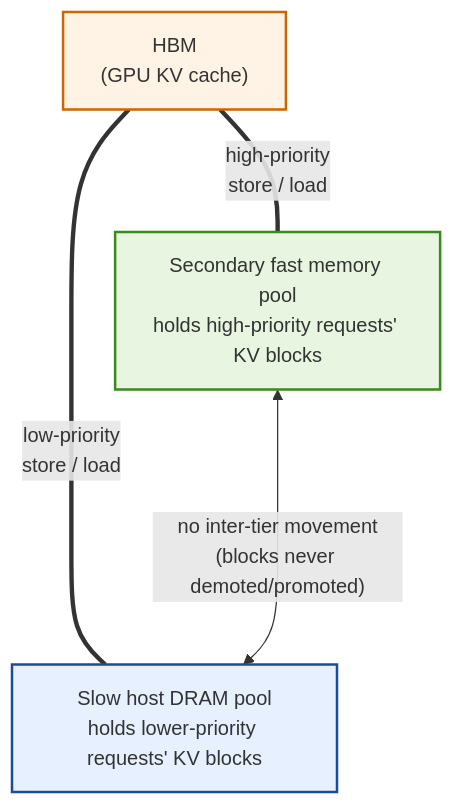
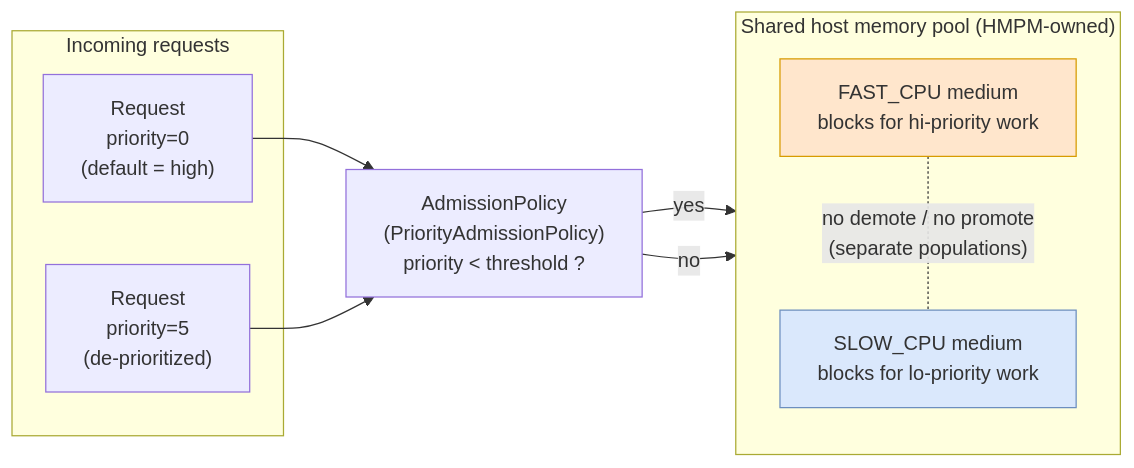
Before and after one commit to wangchen615/vllm: the diagram in docs/design/rfcs/imgs/mmd/exclusive-tiered-placement.mmd, drawn with Mermaid. The commit also changed 9 other files, not shown here.

First line of the commit message:
docs(rfc): update Mermaid diagrams for OffloadingConnector architecture

```diff
--- a/docs/design/rfcs/imgs/mmd/exclusive-tiered-placement.mmd
+++ b/docs/design/rfcs/imgs/mmd/exclusive-tiered-placement.mmd
@@ -1,18 +1,27 @@
-%% Exclusive tiered caching: high-priority requests' KV blocks live in the
-%% emulated secondary fast memory; lower-priority blocks live in CPU DRAM.
-%% Heat indicates reuse rate (not used as a placement signal in M1 — only
-%% priority is). See docs/design/rfcs/exclusive-tiered-caching.md
-flowchart TB
-    HBM["HBM<br/>(GPU KV cache)"]:::hbm
+%% Exclusive tiered placement (partitioned mode):
+%% high-priority requests' blocks land in FAST_CPU, lower-priority in SLOW_CPU,
+%% no inter-medium movement. Both media are views of one shared host pool.
+%% See docs/design/rfcs/exclusive-tiered-caching.md
+flowchart LR
+    subgraph Requests["Incoming requests"]
+        ReqHi["Request<br/>priority=0<br/>(default = high)"]
+        ReqLo["Request<br/>priority=5<br/>(de-prioritized)"]
+    end
 
-    Fast["Secondary fast memory pool<br/>holds high-priority requests' KV blocks"]:::fast
-    Slow["Slow host DRAM pool<br/>holds lower-priority requests' KV blocks"]:::slow
+    Admission["AdmissionPolicy<br/>(PriorityAdmissionPolicy)<br/>priority < threshold ?"]
 
-    HBM ===|"high-priority<br/>store / load"| Fast
-    HBM ===|"low-priority<br/>store / load"| Slow
+    subgraph Pool["Shared host memory pool (HMPM-owned)"]
+        direction TB
+        FastMed["FAST_CPU medium<br/>blocks for hi-priority work"]:::fast
+        SlowMed["SLOW_CPU medium<br/>blocks for lo-priority work"]:::slow
+    end
 
-    Fast <--->|"no inter-tier movement<br/>(blocks never demoted/promoted)"| Slow
+    ReqHi --> Admission
+    ReqLo --> Admission
+    Admission -- "yes" --> FastMed
+    Admission -- "no" --> SlowMed
 
-    classDef hbm fill:#fff3e6,stroke:#cc6600,stroke-width:2px
-    classDef fast fill:#e8f5e0,stroke:#3a8a1a,stroke-width:2px
-    classDef slow fill:#e6f0ff,stroke:#1a4d99,stroke-width:2px
+    FastMed -. "no demote / no promote<br/>(separate populations)" .- SlowMed
+
+    classDef fast fill:#ffe6cc,stroke:#d79b00
+    classDef slow fill:#dae8fc,stroke:#6c8ebf
```
